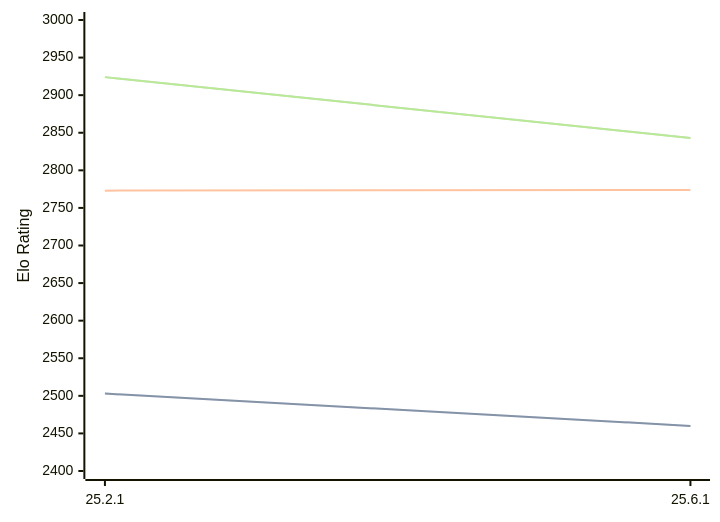
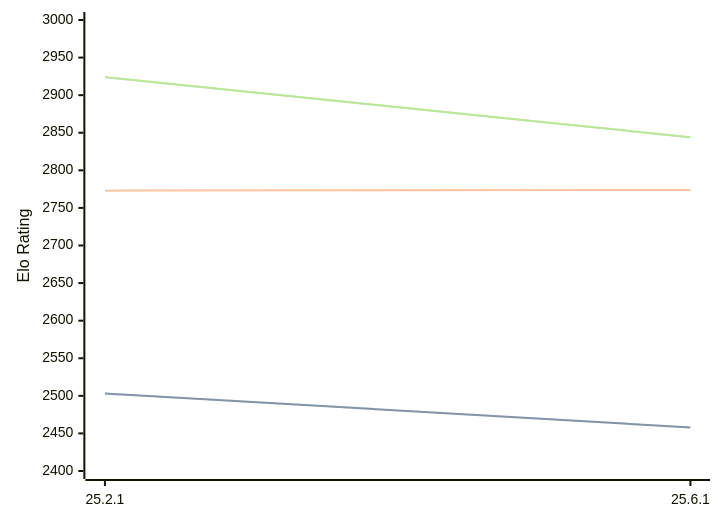
Before and after one commit to computer-chess-index/cci: the first of 3 diagrams in engines/Crafty.md, drawn with Mermaid. The commit also changed other lines of this file, not shown here.

Commit message:
Update CCI Ratings (ELO VLTC) - 2026-07-14

````diff
--- a/engines/Crafty.md
+++ b/engines/Crafty.md
@@ -32,11 +32,11 @@
 ```mermaid
 %%{init: {"theme":"base","themeVariables":{"seriesColors:['#a3a3a3','#222221','#faa371']}}}%%
 xychart-beta
   x-axis ["25.2.1", "25.6.1"]
   y-axis "Elo Rating" 2400 --> 3000
-  line "STC (8.0+0.08s)" [2503, 2460]
-  line "STC (8.0+0.08s)" [2503, 2460]
+  line "STC (8.0+0.08s)" [2503, 2458]
+  line "STC (8.0+0.08s)" [2503, 2458]
   line "LTC (60.0+0.60s)" [2773, 2774]
-  line "VLTC (2m24s+1.12s)" [2924, 2843]
-  line "VLTC (2m24s+1.12s)" [2924, 2843]
+  line "VLTC (2m24s+1.12s)" [2924, 2844]
+  line "VLTC (2m24s+1.12s)" [2924, 2844]
 ```
````
